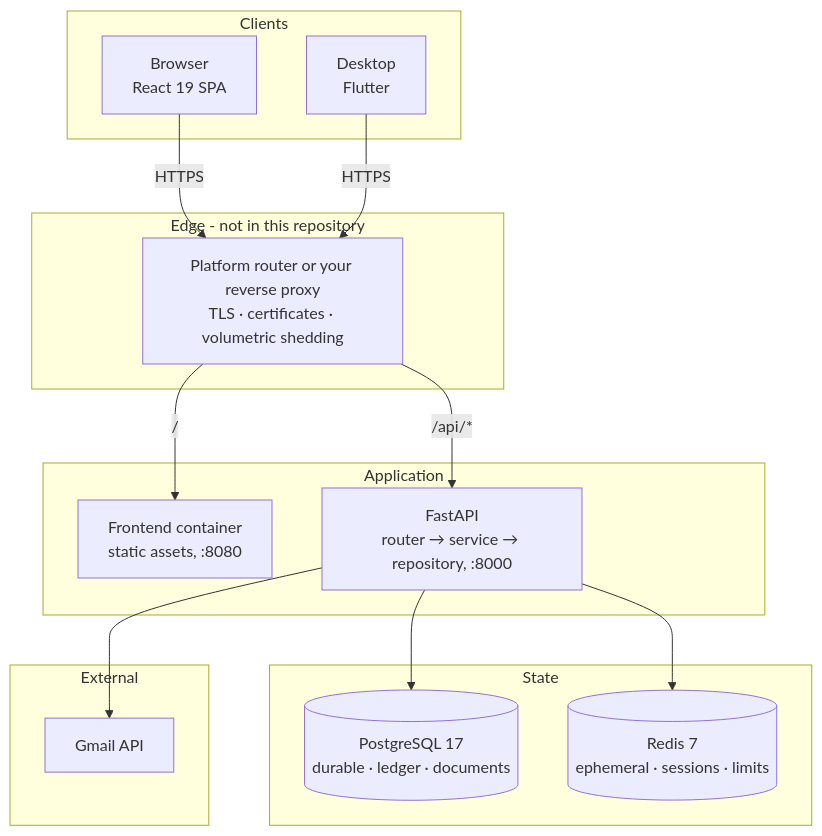
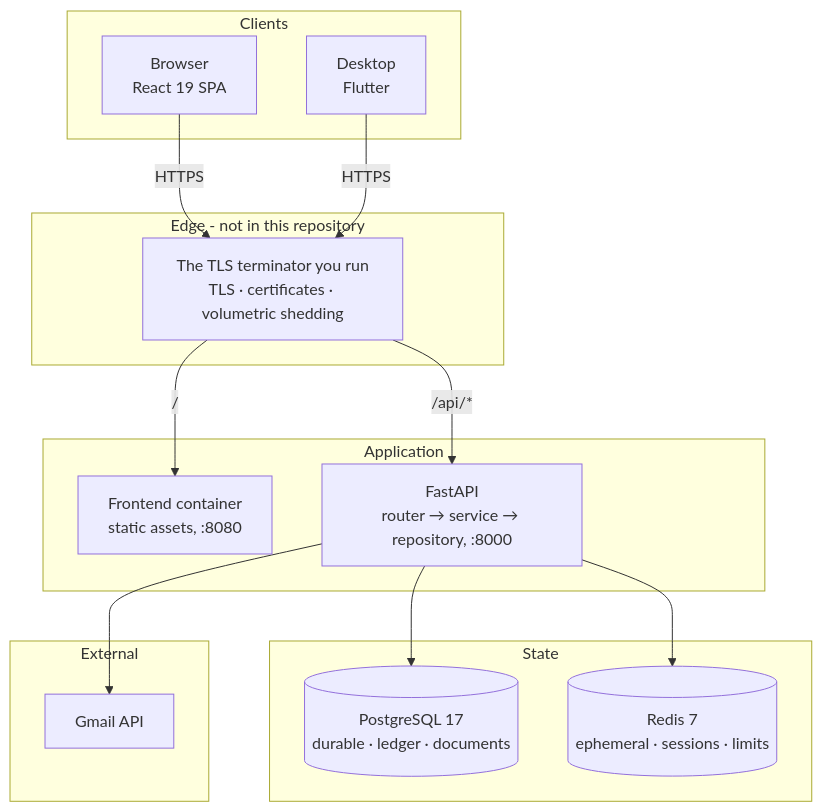
Before and after one commit to Madhur-Prakash/Personal-ERP: the first of 3 diagrams in docs/architecture.md, drawn with Mermaid. The commit also changed other lines of this file and 8 other files, not shown here.

Commit message:
fix: update documentation and configuration to clarify TLS terminator requirements and deployment details

````diff
--- a/docs/architecture.md
+++ b/docs/architecture.md
@@ -52,33 +52,33 @@
 ```mermaid
 graph TB
     subgraph Clients
         B[Browser<br/>React 19 SPA]
         D[Desktop<br/>Flutter]
     end
 
     subgraph Edge["Edge - not in this repository"]
-        N[Platform router or your reverse proxy<br/>TLS · certificates · volumetric shedding]
+        N[The TLS terminator you run<br/>TLS · certificates · volumetric shedding]
     end
 
     subgraph Application
         F[Frontend container<br/>static assets, :8080]
         A[FastAPI<br/>router → service → repository, :8000]
     end
 
     subgraph State
         P[(PostgreSQL 17<br/>durable · ledger · documents)]
         R[(Redis 7<br/>ephemeral · sessions · limits)]
     end
 
     subgraph External
         S[Gmail API]
     end
 
     B -->|HTTPS| N
     D -->|HTTPS| N
     N -->|/| F
     N -->|/api/*| A
     A --> P
     A --> R
     A --> S
 ```
````
